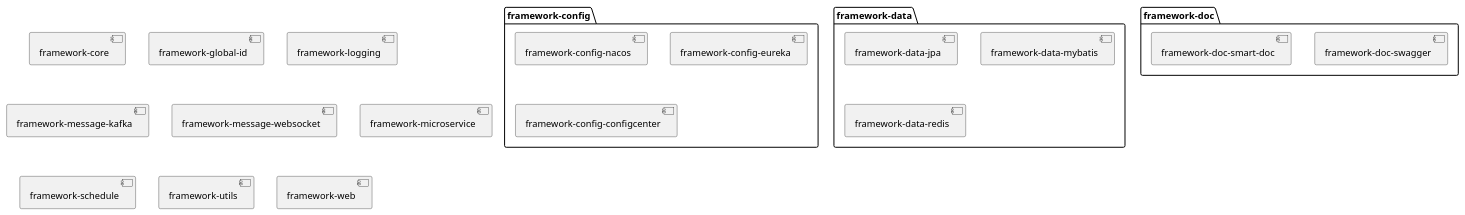
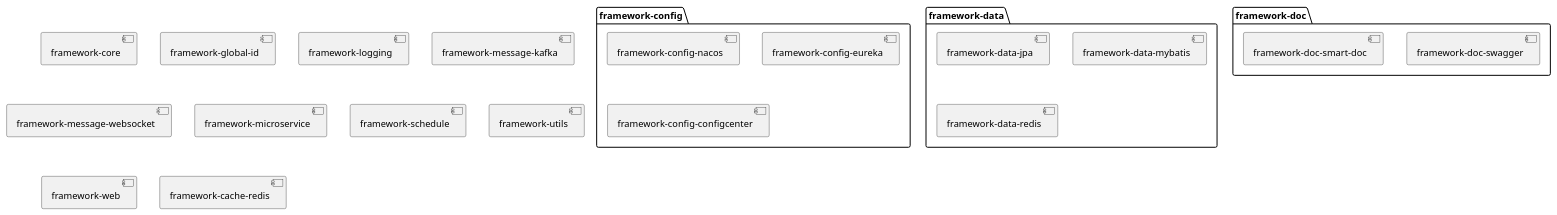
The diagram in puml/framework.component.puml (caijh/framework), drawn with PlantUML before and after one commit. The commit also changed 2 other files, not shown here.

```diff
--- a/puml/framework.component.puml
+++ b/puml/framework.component.puml
@@ -1,29 +1,30 @@
 @startuml
 'https://plantuml.com/component-diagram
 
 [framework-core]
 
 package "framework-config" {
   [framework-config-nacos]
   [framework-config-eureka]
   [framework-config-configcenter]
 }
 
 package framework-data {
   [framework-data-jpa]
   [framework-data-mybatis]
   [framework-data-redis]
 }
 package framework-doc {
   [framework-doc-swagger]
   [framework-doc-smart-doc]
 }
 [framework-global-id]
 [framework-logging]
 [framework-message-kafka]
 [framework-message-websocket]
 [framework-microservice]
 [framework-schedule]
 [framework-utils]
 [framework-web]
+[framework-cache-redis]
 @enduml
```
